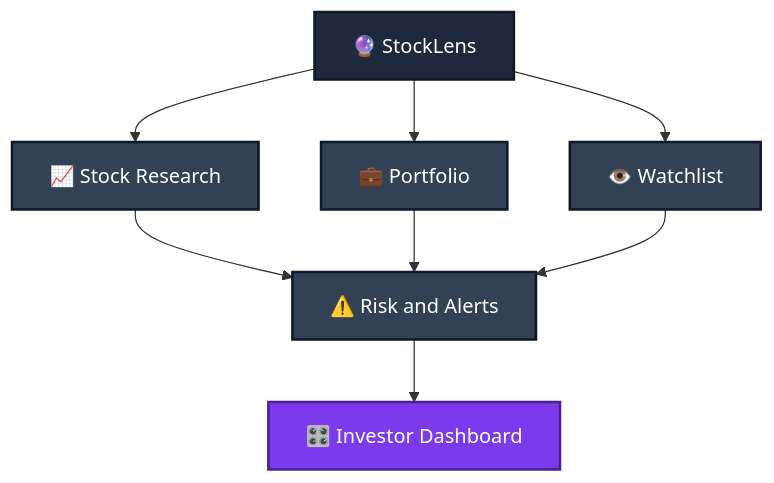
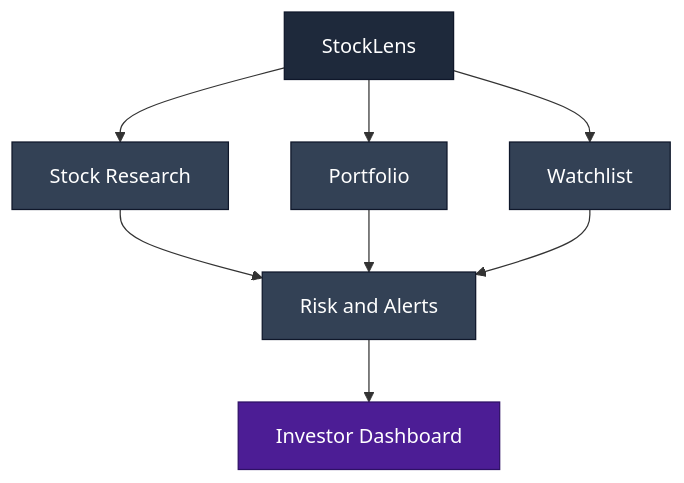
One commit to bbhavya34/StockLens changed the seventh of 7 diagrams in README.md. Above: the diagram before and after it, drawn with Mermaid. The commit also changed other lines of this file, not shown here.

````diff
--- a/README.md
+++ b/README.md
@@ -594,18 +567,18 @@
 ```mermaid
 flowchart TB
-    S[🔮 StockLens] --> A[📈 Stock Research]
-    S --> B[💼 Portfolio]
-    S --> C[👁️ Watchlist]
-    A --> D[⚠️ Risk and Alerts]
+    S[StockLens] --> A[Stock Research]
+    S --> B[Portfolio]
+    S --> C[Watchlist]
+    A --> D[Risk and Alerts]
     B --> D
     C --> D
-    D --> E[🎛️ Investor Dashboard]
+    D --> E[Investor Dashboard]
 
-    classDef root fill:#1E293B,stroke:#0F172A,color:#fff,stroke-width:2px
-    classDef mid fill:#334155,stroke:#0F172A,color:#fff,stroke-width:2px
-    classDef final fill:#7C3AED,stroke:#4C1D95,color:#fff,stroke-width:2px
+    classDef root fill:#1E293B,stroke:#0F172A,color:#fff,stroke-width:1px
+    classDef mid fill:#334155,stroke:#0F172A,color:#fff,stroke-width:1px
+    classDef final fill:#4C1D95,stroke:#2E1065,color:#fff,stroke-width:1px
 
     class S root
     class A,B,C,D mid
     class E final
 ```
````
